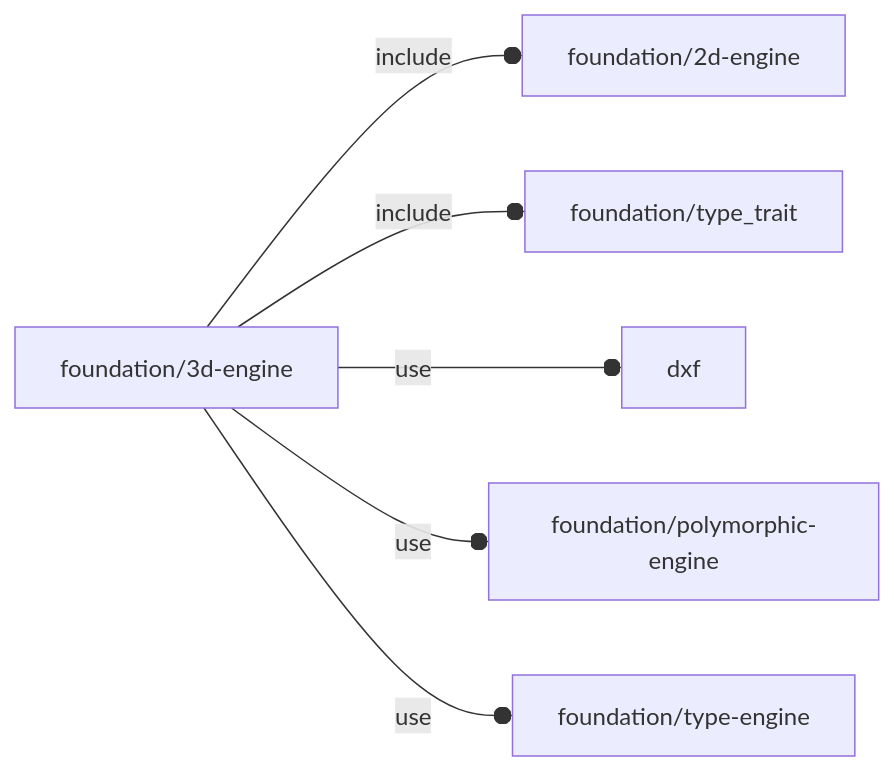
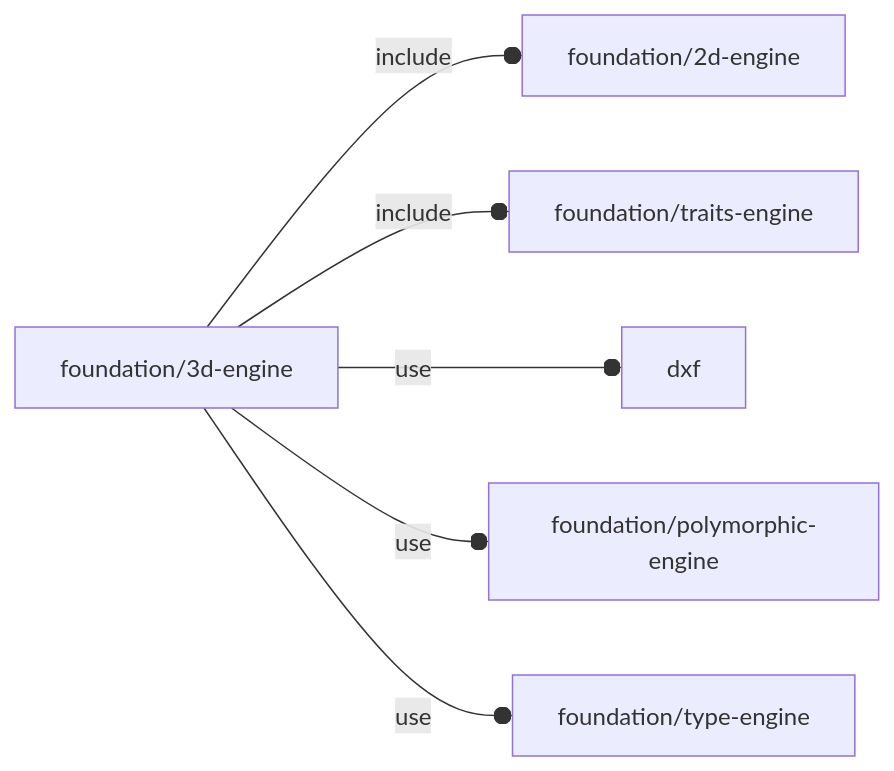
One commit to ggabbiani/OFL changed the diagram in orthodocs/foundation/3d-engine.md. Above: the diagram before and after it, drawn with Mermaid. The commit also changed other lines of this file and 28 other files, not shown here.

Commit message:
renamed foundation/profile.scad into artifacts/profiles-engine.scad, renamed foundation/type_trait.scad into foundation/traits-engine.scad

````diff
--- a/orthodocs/foundation/3d-engine.md
+++ b/orthodocs/foundation/3d-engine.md
@@ -5,8 +5,8 @@
 ```mermaid
 graph LR
     A1[foundation/3d-engine] --o|include| A2[foundation/2d-engine]
-    A1 --o|include| A3[foundation/type_trait]
+    A1 --o|include| A3[foundation/traits-engine]
     A1 --o|use| A4[dxf]
     A1 --o|use| A5[foundation/polymorphic-engine]
     A1 --o|use| A6[foundation/type-engine]
 ```
````
